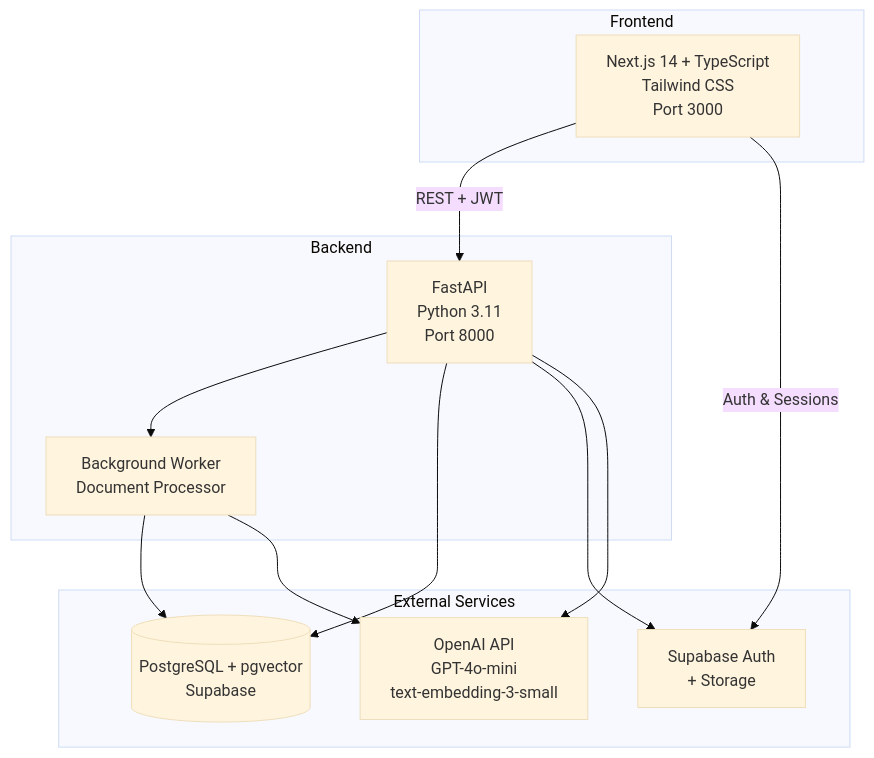
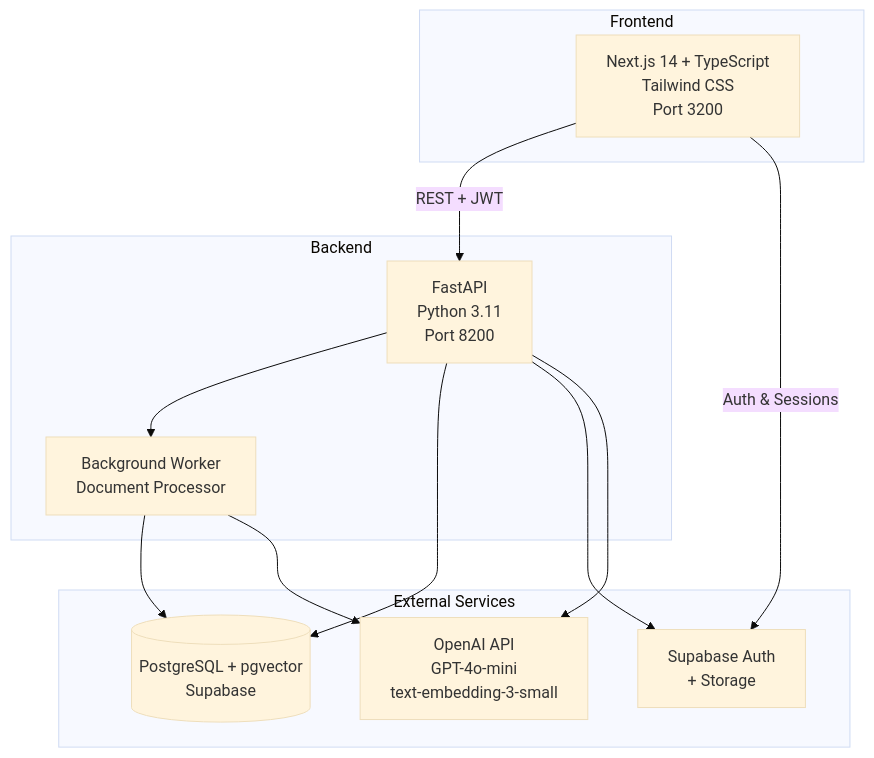
Before and after one commit to vijay-prabhu/contractlens: the first of 2 diagrams in README.md, drawn with Mermaid (base theme). The commit also changed other lines of this file and 3 other files, not shown here.

````diff
--- a/README.md
+++ b/README.md
@@ -7,26 +7,26 @@
 ```mermaid
 graph TB
     subgraph Frontend
-        A[Next.js 14 + TypeScript<br/>Tailwind CSS<br/>Port 3000]
+        A[Next.js 14 + TypeScript<br/>Tailwind CSS<br/>Port 3200]
     end
 
     subgraph Backend
-        B[FastAPI<br/>Python 3.11<br/>Port 8000]
+        B[FastAPI<br/>Python 3.11<br/>Port 8200]
         C[Background Worker<br/>Document Processor]
     end
 
     subgraph External Services
         D[(PostgreSQL + pgvector<br/>Supabase)]
         E[Supabase Auth<br/>+ Storage]
         F[OpenAI API<br/>GPT-4o-mini<br/>text-embedding-3-small]
     end
 
     A -->|REST + JWT| B
     A -->|Auth & Sessions| E
     B --> C
     B --> D
     B --> E
     C --> D
     C --> F
     B --> F
 ```
````
